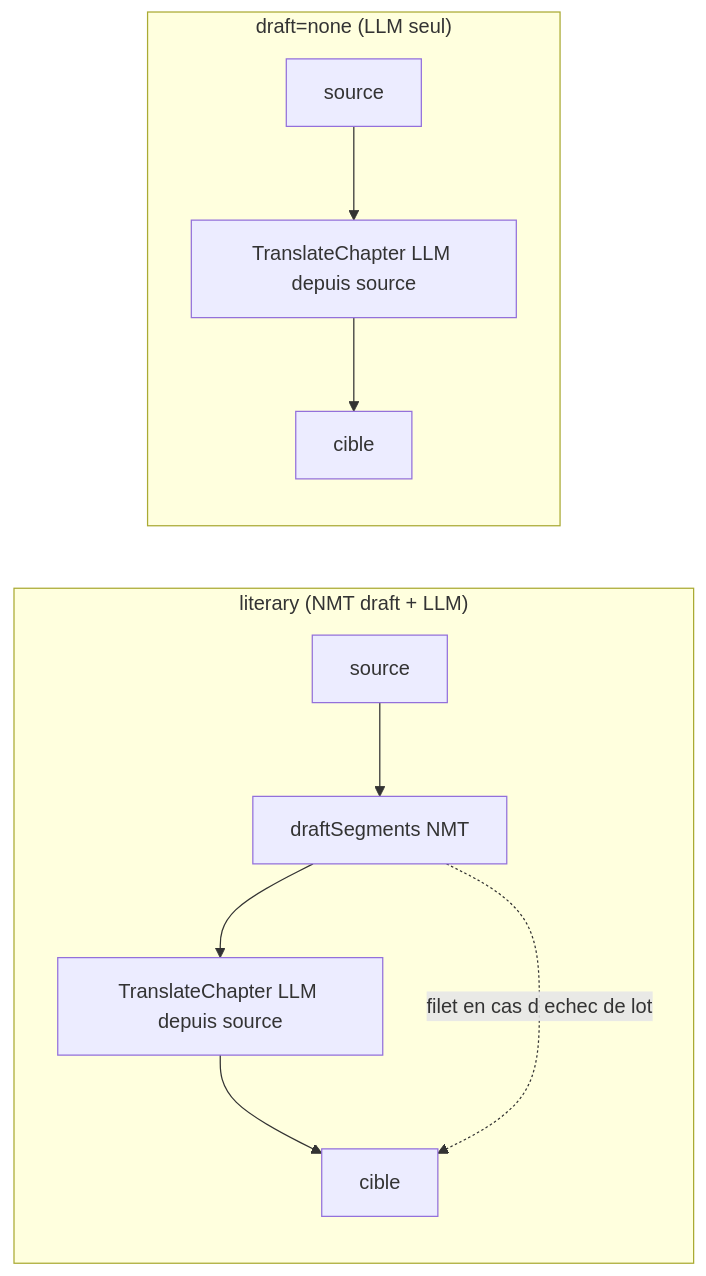
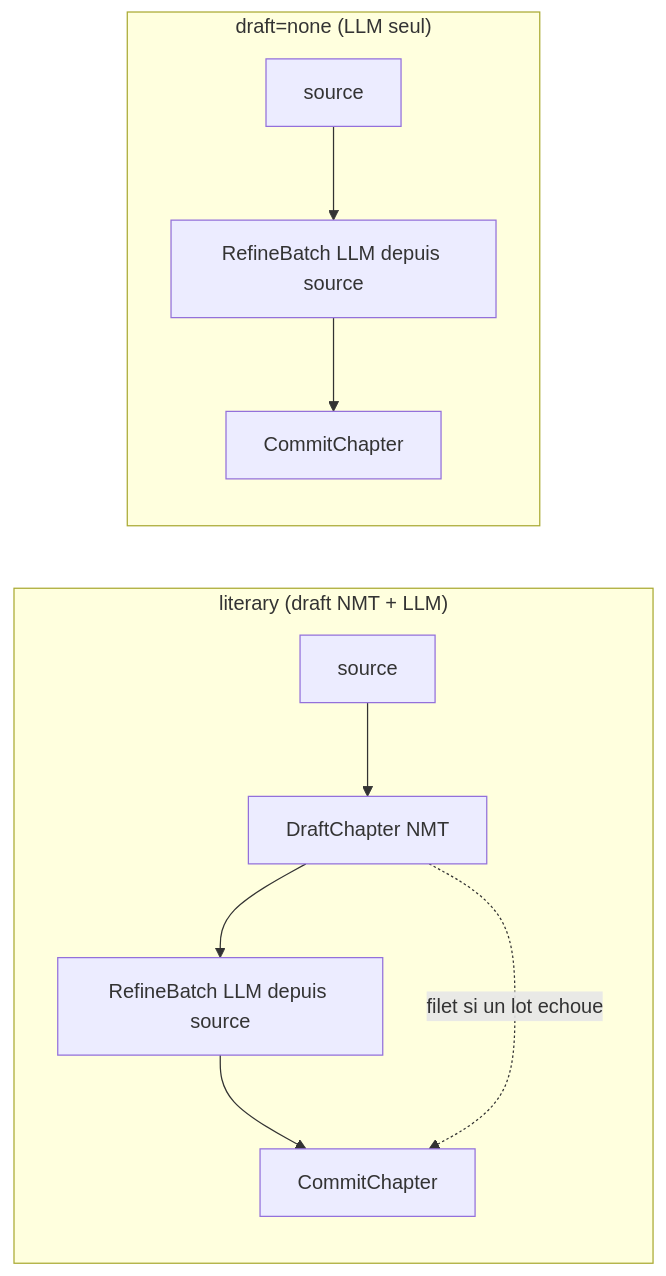
Before and after one commit to ECecillo/tomeshift: the diagram in docs/rfcs/0010-llm-only-literary-translation.md, drawn with Mermaid. The commit also changed other lines of this file, not shown here.

First line of the commit message:
docs(rfc): refresh RFC 0010 plan to the ports architecture

````diff
--- a/docs/rfcs/0010-llm-only-literary-translation.md
+++ b/docs/rfcs/0010-llm-only-literary-translation.md
@@ -35,10 +43,10 @@
 ```mermaid
 flowchart LR
-  subgraph Aujourdhui["literary (NMT draft + LLM)"]
-    S1[source] --> D1[draftSegments NMT] --> R1[TranslateChapter LLM depuis source] --> O1[cible]
-    D1 -. filet en cas d echec de lot .-> O1
+  subgraph Aujourdhui["literary (draft NMT + LLM)"]
+    S1[source] --> D1[DraftChapter NMT] --> R1[RefineBatch LLM depuis source] --> C1[CommitChapter]
+    D1 -. filet si un lot echoue .-> C1
   end
   subgraph Cible["draft=none (LLM seul)"]
-    S2[source] --> R2[TranslateChapter LLM depuis source] --> O2[cible]
+    S2[source] --> R2[RefineBatch LLM depuis source] --> C2[CommitChapter]
   end
 ```
````
